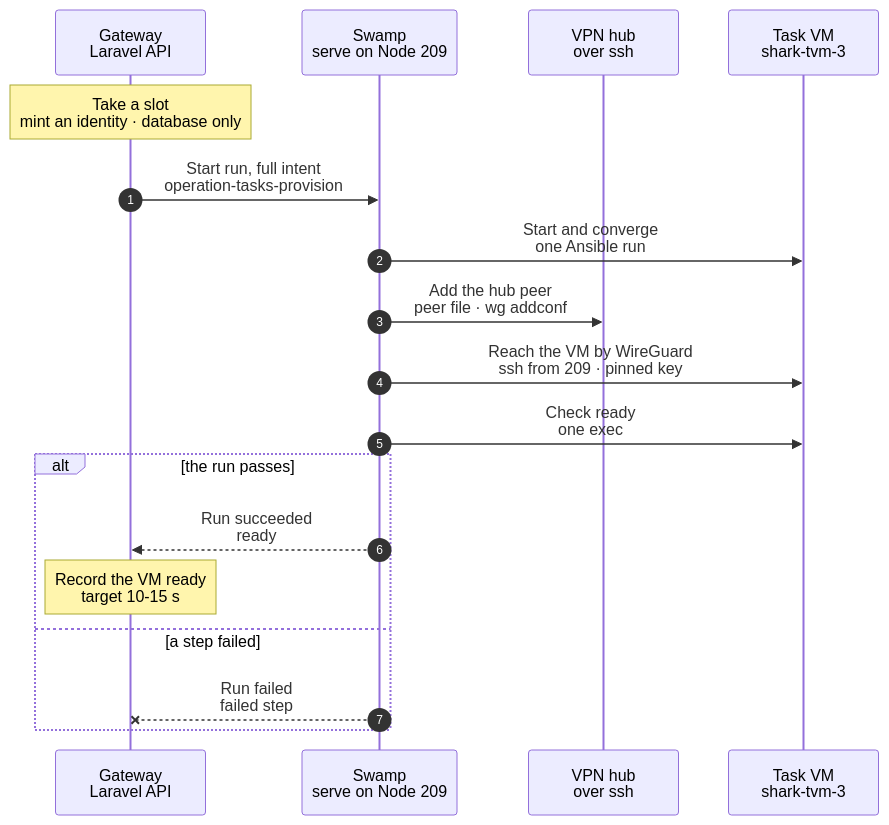
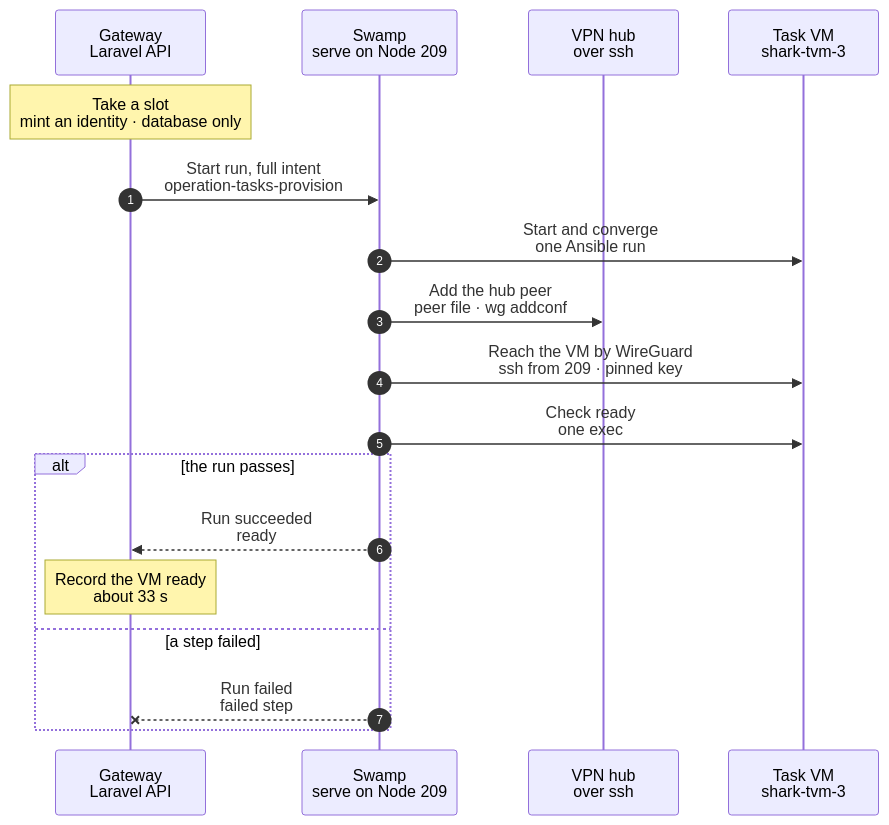
One commit to hardimpactdev/orbit changed the diagram in docs/cli/tasks/provision.mmd. Above: the diagram before and after it, drawn with Mermaid.

Commit message:
provision chart: measured start time (32-34 s on a current base) and where it goes (#3188)
* provision chart: the measured start time and where it goes

* provision chart: reconcile the measured split

---------

```diff
--- a/docs/cli/tasks/provision.mmd
+++ b/docs/cli/tasks/provision.mmd
@@ -1,55 +1,59 @@
 sequenceDiagram
   %% Target design (agreed with Nick, 2026-11-07): a task start copies the host's base VM snapshot and gives the copy a fresh identity. There are no fixed slot identities: a slot is only a place under the host's capacity (`max_vms`), and the VM is named `<host>-tvm-<n>` by its slot number.
   %% status: draft
   %% command: tasks:provision
   %% kind: tasks.provision
   autonumber
   %% lane GW icon=gateway pill=intent tone=blue
   %% lane SW icon=workflow pill=executes tone=green
   %% lane HUB icon=server pill=target tone=purple
   %% lane VM icon=server pill=task VM tone=purple
   participant GW as Gateway<br/>Laravel API
   participant SW as Swamp<br/>serve on Node 209
   participant HUB as VPN hub<br/>over ssh
   participant VM as Task VM<br/>shark-tvm-3
   Note over GW: Take a slot<br/>mint an identity · database only
   %%> Started by:
   %%> - `tasks:provision` for a todo group, from proof CI or feature work
   %%> Result:
   %%> - the lowest free slot number under the capacity of the host with the most room: `shark-tvm-3`
   %%> - a fresh identity: the Node record with its `app-dev` role, a WireGuard key pair, the agent secret and an SSH host key, pinned on the Node from the start so nothing is read back
   %%> - the claim's Pi token and Pi models file in the vault; the file holds the model router guard origin and the one fixed model key, the same for every VM
   GW->>SW: Start run, full intent<br/>operation-tasks-provision
   SW->>VM: Start and converge<br/>one Ansible run
   %%> What it does:
   %%> - one `ansible-playbook` run with two parts, and no second start: the host part runs on the task VM host over ssh, then the converge runs on the VM over WireGuard
   %%> - host part: `incus copy` of the base VM's recorded snapshot and a clone of its seed snapshot (ZFS clones); an identity volume of the VM with the identity and the claim (the Pi token and the Pi models file), pushed from the vault on stdin; then `incus start`. It waits for nothing in the guest
   %%> - Pi calls the guard with the fixed key from the VM's own WireGuard address; the start makes no model router call and registers no key
-  %%> - at boot, the base's `orbit-identity` unit applies the identity volume before sshd, WireGuard and the agent start, then unmounts it; sshd answers over WireGuard about 6 s after the start
+  %%> - at boot, the base's `orbit-identity` unit applies the identity volume before sshd, WireGuard and the agent start, then unmounts it; sshd answers over WireGuard about 12 s after the start (measured 2026-11-07)
   %%> - the containers start by themselves (`boot.autostart`) and already hold the proof Swamp Club key of the base
   %%> - converge part: the same Ansible converge as the release refresh, with the address and host key of the admission; it starts as soon as sshd answers and reads nothing back from the host
   %%> - the glue is one write of the intent and the step that builds the playbook input and starts Ansible; nothing is read from the host
   %%> - with no delta every part is skipped, each phase as one skipped task (a dynamic include), and it catches up a small delta when main moved since the last release
   %%> - the nested Gateway's services restart only when `apps/gateway` changed since the base, and its agent delivery manifest is placed only when the pinned agent build changed; a commit that changes neither does neither
   %%> - the containers' `base` snapshots belong to the refresh: a task start never retakes them
   %%> - then the new task branch on the checkout; it waits for no nested service
   SW->>HUB: Add the hub peer<br/>peer file · wg addconf
   %%> Runs beside the step before it: Swamp starts both at once.
   %%> What it does:
   %%> - the VM's public key and address on the WireGuard hub, while the VM boots; the converge part waits for the connection, and the readiness steps below wait for this step
   SW->>VM: Reach the VM by WireGuard<br/>ssh from 209 · pinned key
   %%> What it does:
   %%> - the path every later step takes (sync, check, turn, script): ssh from a Swamp worker to the VM's WireGuard address with its pinned host key
   %%> - runs beside the readiness read
   SW->>VM: Check ready<br/>one exec
   %%> What it does:
   %%> - what a task needs: the agent, Pi, the tunnel and the three containers running; Swamp's `assert` decides
   %%> - the tunnel counts as up once WireGuard has a handshake with the hub; the hub answers no ping from a task VM
   alt the run passes
     SW-->>GW: Run succeeded<br/>ready
-    Note over GW: Record the VM ready<br/>target 10-15 s
+    Note over GW: Record the VM ready<br/>about 33 s
+    %%> Measured 2026-11-07, three starts on a current base: 32-34 s from admission to ready, above the earlier target of 10-15 s:
+    %%> - Swamp writes the intent 1 s; the Ansible run 28 s: its own start 2 s, host part 8 s, wait for sshd 12 s, converge 6 s; the playbook input is removed 2 s; readiness 2 s
+    %%> - what is left to cut: the wait for sshd (VM boot) and the host part (about 14 `incus` calls for the identity)
+    %%> - one start with a commit three commits past the base, with a changed migration, took 45 s: the nested Gateway's migrate 7 s and restart 1 s, and the rest in the checkout and the delta's work
   else a step failed
     SW--xGW: Run failed<br/>failed step
     %%> On failure:
     %%> - the release runs: the VM, its seed clone, its identity volume, the hub peer, the keys and the Node record go, and the slot is free
   end
```
